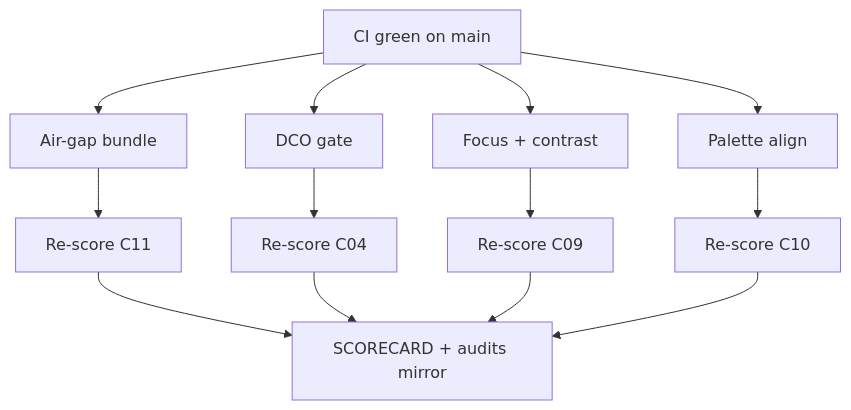
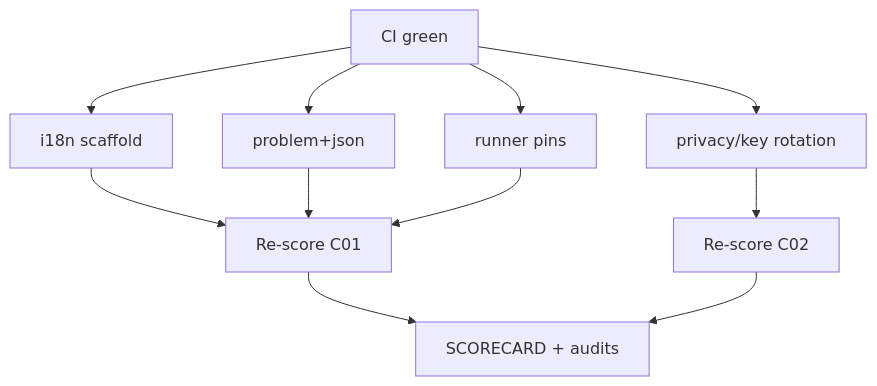
The diagram in docs/WORK_DAG.md (KooshaPari/Melosviz), drawn with Mermaid before and after one commit. The commit also changed other lines of this file and 31 other files, not shown here.

First line of the commit message:
feat: i18n scaffold, problem+json, privacy/governance DX

````diff
--- a/docs/WORK_DAG.md
+++ b/docs/WORK_DAG.md
@@ -5,15 +5,13 @@
 ```mermaid
 flowchart TD
-  A[CI green on main] --> B[Air-gap bundle]
-  A --> C[DCO gate]
-  A --> D[Focus + contrast]
-  A --> E[Palette align]
-  B --> F[Re-score C11]
-  C --> G[Re-score C04]
-  D --> H[Re-score C09]
-  E --> I[Re-score C10]
-  F --> J[SCORECARD + audits mirror]
-  G --> J
-  H --> J
-  I --> J
+  A[CI green] --> B[i18n scaffold]
+  A --> C[problem+json]
+  A --> D[privacy/key rotation]
+  A --> E[runner pins]
+  B --> F[Re-score C01]
+  C --> F
+  D --> G[Re-score C02]
+  E --> F
+  F --> H[SCORECARD + audits]
+  G --> H
 ```
````
